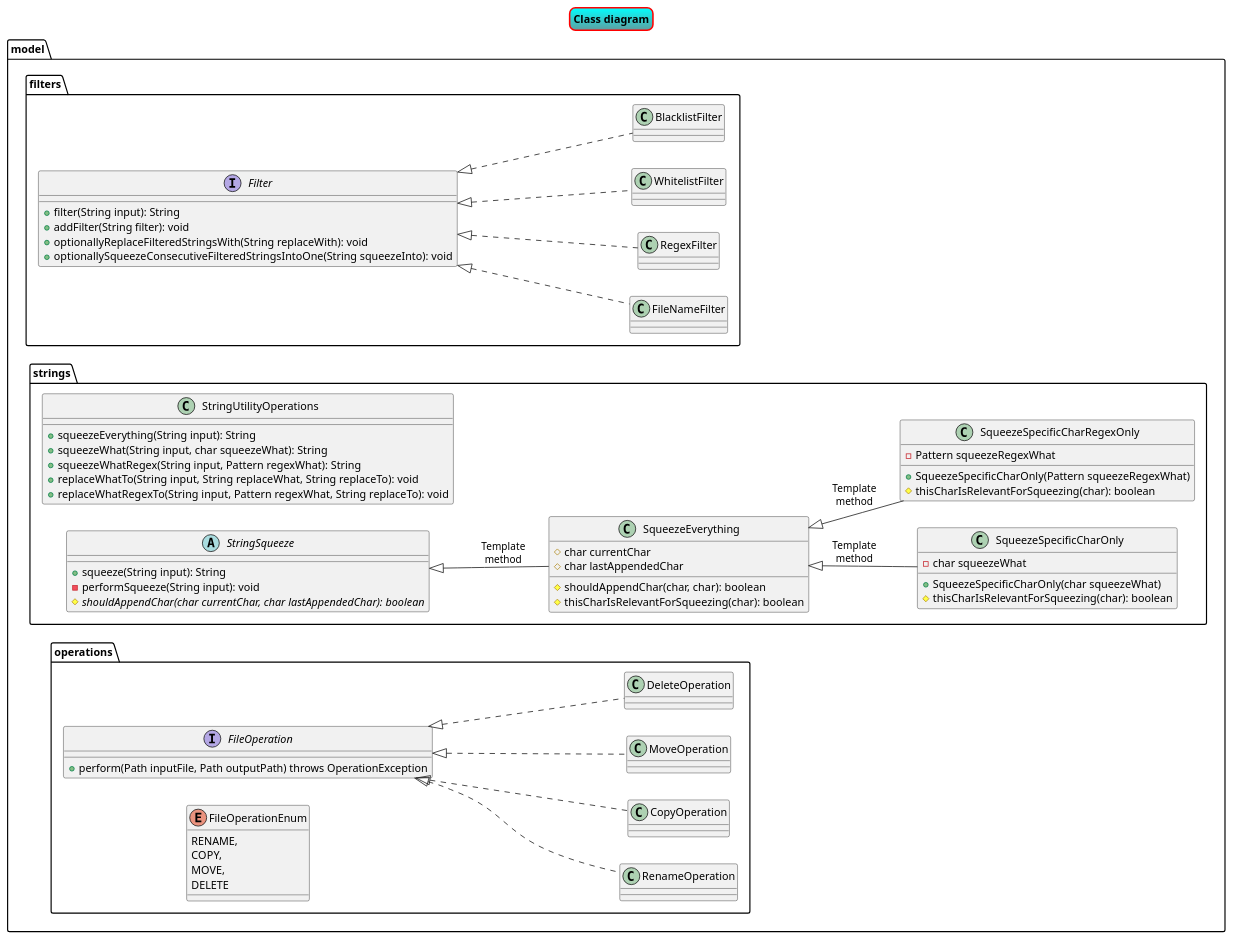
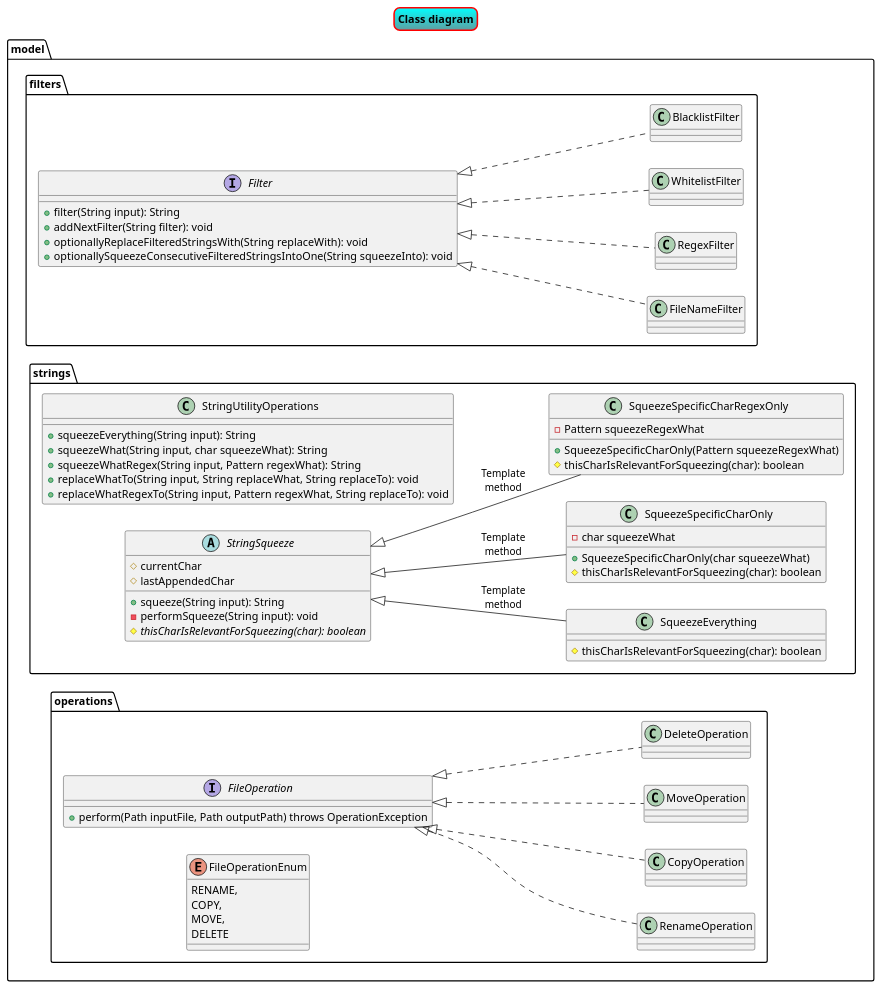
One commit to hhvitek/file-manipulator changed the diagram in UML/class-diagram.puml. Above: the diagram before and after it, drawn with PlantUML. The commit also changed 22 other files, not shown here.

```diff
--- a/UML/class-diagram.puml
+++ b/UML/class-diagram.puml
@@ -1,90 +1,89 @@
 @startuml
 left to right direction
 
 skinparam titleBorderRoundCorner 15
 skinparam titleBorderThickness 2
 skinparam titleBorderColor red
 skinparam titleBackgroundColor Aqua-CadetBlue
 
 title Class diagram
 
 
 
 package model.filters {
 
 interface Filter {
     +filter(String input): String
-    +addFilter(String filter): void
+    +addNextFilter(String filter): void
     +optionallyReplaceFilteredStringsWith(String replaceWith): void
     +optionallySqueezeConsecutiveFilteredStringsIntoOne(String squeezeInto): void
 }
 
 class FileNameFilter implements Filter
 class RegexFilter implements Filter
 class WhitelistFilter implements Filter
 class BlacklistFilter implements Filter
 }
 
 package model.strings {
     class StringUtilityOperations {
         +squeezeEverything(String input): String
         +squeezeWhat(String input, char squeezeWhat): String
         +squeezeWhatRegex(String input, Pattern regexWhat): String
         +replaceWhatTo(String input, String replaceWhat, String replaceTo): void
         +replaceWhatRegexTo(String input, Pattern regexWhat, String replaceTo): void
     }
 
     abstract class StringSqueeze {
+        #currentChar
+        #lastAppendedChar
+
         +squeeze(String input): String
         -performSqueeze(String input): void
-        #{abstract}shouldAppendChar(char currentChar, char lastAppendedChar): boolean
+        #{abstract}thisCharIsRelevantForSqueezing(char): boolean
     }
 
     class SqueezeEverything {
-        #char currentChar
-        #char lastAppendedChar
-
-        #shouldAppendChar(char, char): boolean
         #thisCharIsRelevantForSqueezing(char): boolean
     }
 
     class SqueezeSpecificCharOnly {
         -char squeezeWhat
         +SqueezeSpecificCharOnly(char squeezeWhat)
         #thisCharIsRelevantForSqueezing(char): boolean
     }
 
     class SqueezeSpecificCharRegexOnly {
         -Pattern squeezeRegexWhat
         +SqueezeSpecificCharOnly(Pattern squeezeRegexWhat)
         #thisCharIsRelevantForSqueezing(char): boolean
     }
 
     StringSqueeze <|-- SqueezeEverything : Template\nmethod
-    SqueezeEverything <|-- SqueezeSpecificCharOnly : Template\nmethod
-    SqueezeEverything <|-- SqueezeSpecificCharRegexOnly : Template\nmethod
+    StringSqueeze <|-- SqueezeSpecificCharOnly : Template\nmethod
+    StringSqueeze <|-- SqueezeSpecificCharRegexOnly : Template\nmethod
 
 
 }
 
 package model.operations {
 
 interface FileOperation {
     +perform(Path inputFile, Path outputPath) throws OperationException
 }
 
 enum FileOperationEnum {
     RENAME,
     COPY,
     MOVE,
     DELETE
 }
 
 class RenameOperation implements FileOperation
 class CopyOperation implements FileOperation
 class MoveOperation implements FileOperation
 class DeleteOperation implements FileOperation
 
 }
 
 @enduml
```
